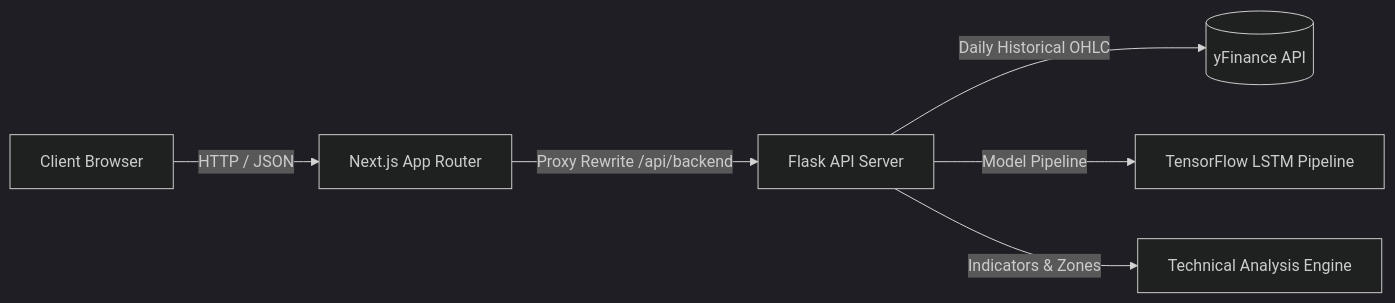
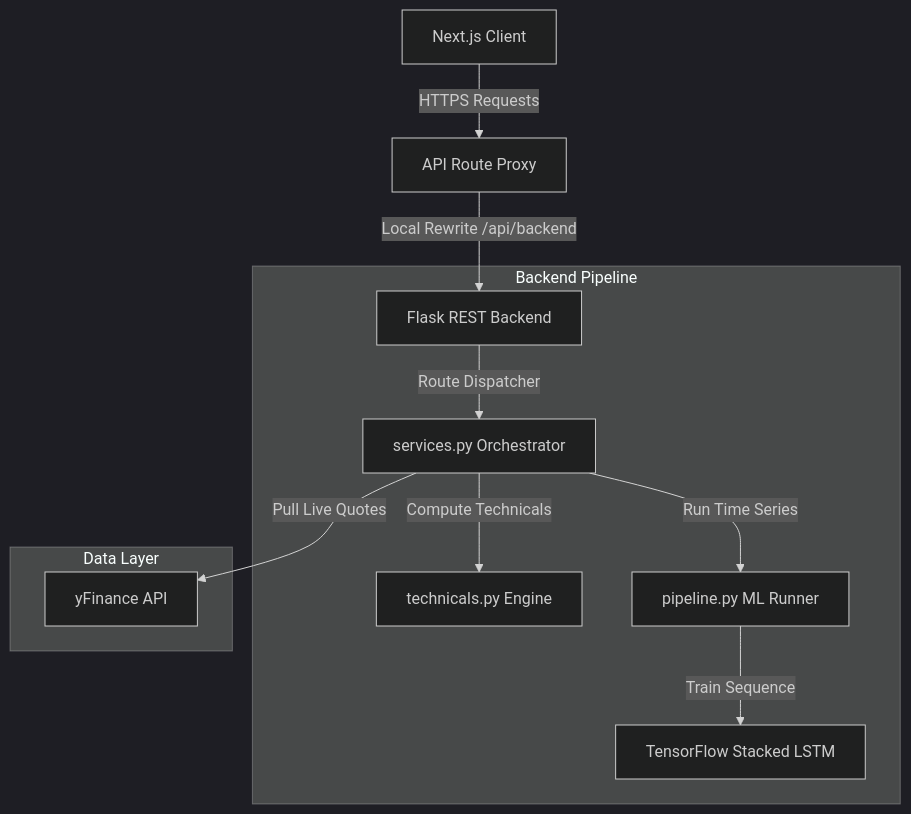
The diagram in README.md (khushibhadangkar/NeuroTrade), drawn with Mermaid (dark theme) before and after one commit. The commit also changed other lines of this file, not shown here.

````diff
--- a/README.md
+++ b/README.md
@@ -111,8 +88,16 @@
 ```mermaid
-graph LR
-    User[Client Browser] -->|HTTP / JSON| Frontend[Next.js App Router]
-    Frontend -->|Proxy Rewrite /api/backend| Backend[Flask API Server]
-    Backend -->|Daily Historical OHLC| yFinance[(yFinance API)]
-    Backend -->|Model Pipeline| TensorFlow[TensorFlow LSTM Pipeline]
-    Backend -->|Indicators & Zones| Technicals[Technical Analysis Engine]
+graph TD
+    Client[Next.js Client] -->|HTTPS Requests| Proxy[API Route Proxy]
+    Proxy -->|Local Rewrite /api/backend| Flask[Flask REST Backend]
+    
+    subgraph Backend Pipeline
+        Flask -->|Route Dispatcher| Services[services.py Orchestrator]
+        Services -->|Compute Technicals| Indicators[technicals.py Engine]
+        Services -->|Run Time Series| Pipeline[pipeline.py ML Runner]
+        Pipeline -->|Train Sequence| LSTM[TensorFlow Stacked LSTM]
+    end
+
+    subgraph Data Layer
+        Services -->|Pull Live Quotes| yFinance[yFinance API]
+    end
 ```
````
